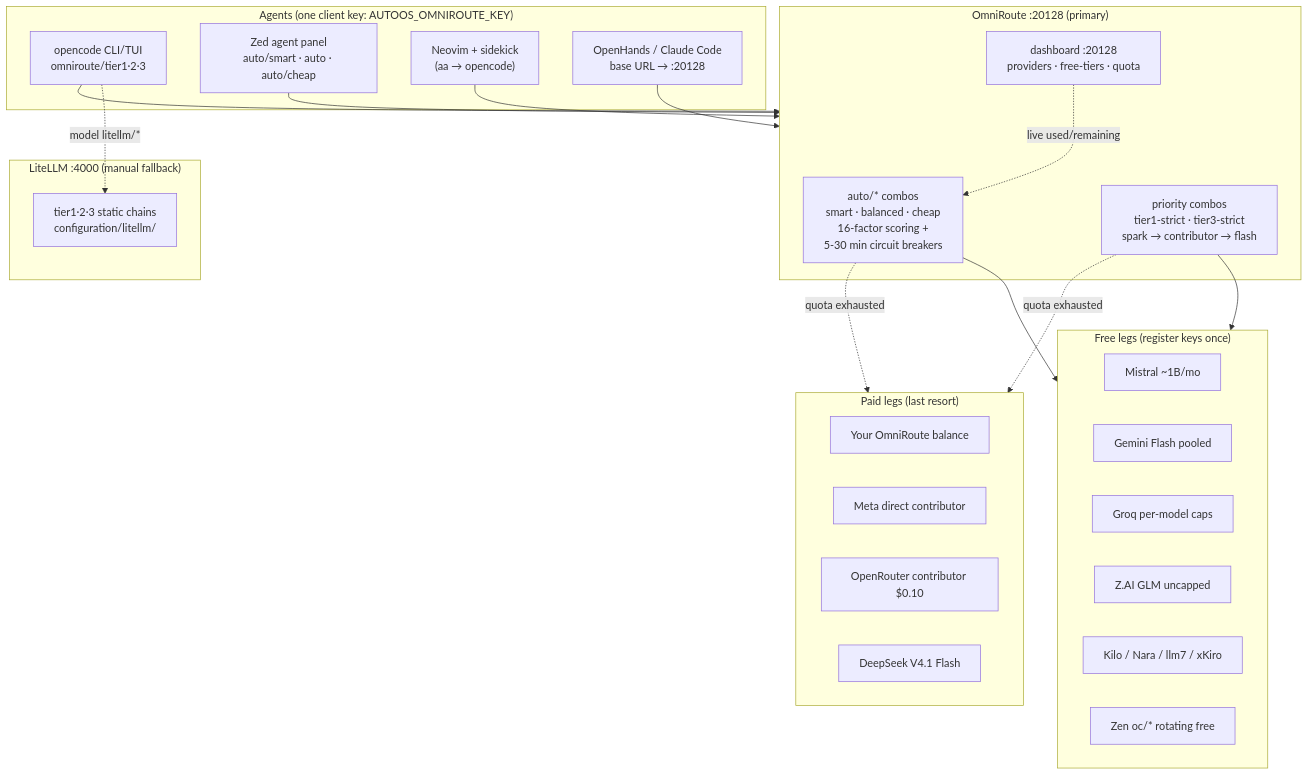
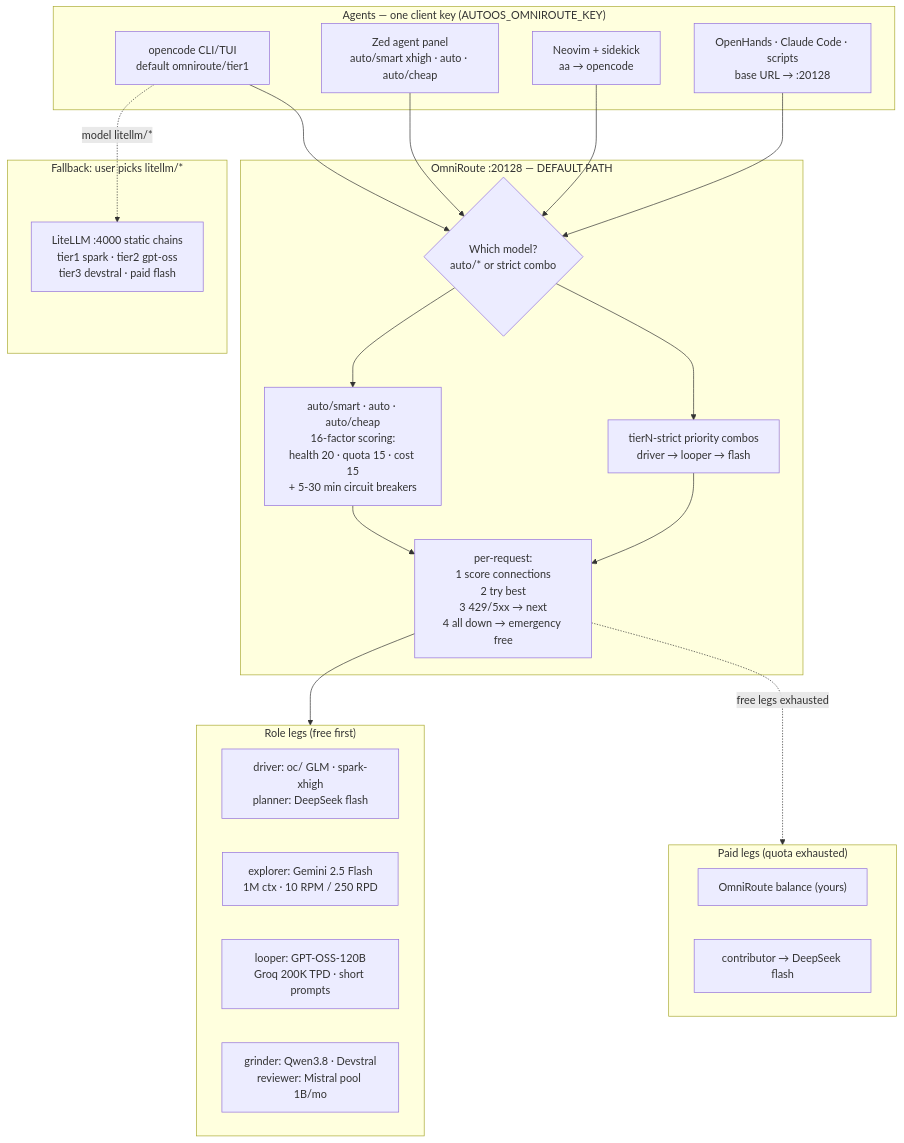
The diagram in docs/models.md (Ch3fUlrich/AutoOS), drawn with Mermaid before and after one commit. The commit also changed other lines of this file and 1 other file, not shown here.

First line of the commit message:
Role-based free-tier routing, verified OmniRoute provider IDs

````diff
--- a/docs/models.md
+++ b/docs/models.md
@@ -91,36 +124,34 @@
 ```mermaid
 flowchart TB
-    subgraph clients["Agents (one client key: AUTOOS_OMNIROUTE_KEY)"]
-        OC["opencode CLI/TUI\nomniroute/tier1·2·3"]
-        ZED["Zed agent panel\nauto/smart · auto · auto/cheap"]
-        NV["Neovim + sidekick\n(<leader>aa → opencode)"]
-        OH["OpenHands / Claude Code\nbase URL → :20128"]
+    subgraph clients["Agents — one client key (AUTOOS_OMNIROUTE_KEY)"]
+        OC["opencode CLI/TUI\ndefault omniroute/tier1"]
+        ZED["Zed agent panel\nauto/smart xhigh · auto · auto/cheap"]
+        NV["Neovim + sidekick\n<leader>aa → opencode"]
+        OH["OpenHands · Claude Code · scripts\nbase URL → :20128"]
     end
-    subgraph or["OmniRoute :20128 (primary)"]
-        AUTO["auto/* combos\nsmart · balanced · cheap\n16-factor scoring +\n5-30 min circuit breakers"]
-        PRI["priority combos\ntier1-strict · tier3-strict\nspark → contributor → flash"]
-        DASH["dashboard :20128\nproviders · free-tiers · quota"]
+    subgraph or["OmniRoute :20128 — DEFAULT PATH"]
+        SEL{"Which model?\nauto/* or strict combo"}
+        AUTO["auto/smart · auto · auto/cheap\n16-factor scoring:\nhealth 20 · quota 15 · cost 15\n+ 5-30 min circuit breakers"]
+        PRI["tierN-strict priority combos\ndriver → looper → flash"]
+        SCORE["per-request:\n1 score connections\n2 try best\n3 429/5xx → next\n4 all down → emergency free"]
     end
-    subgraph free["Free legs (register keys once)"]
-        MI["Mistral ~1B/mo"]
-        GE["Gemini Flash pooled"]
-        GR["Groq per-model caps"]
-        ZAI["Z.AI GLM uncapped"]
-        KILO["Kilo / Nara / llm7 / xKiro"]
-        ZEN["Zen oc/* rotating free"]
+    subgraph roles["Role legs (free first)"]
+        DRV["driver: oc/ GLM · spark-xhigh\nplanner: DeepSeek flash"]
+        EXP["explorer: Gemini 2.5 Flash\n1M ctx · 10 RPM / 250 RPD"]
+        LOOP["looper: GPT-OSS-120B\nGroq 200K TPD · short prompts"]
+        GRIND["grinder: Qwen3.8 · Devstral\nreviewer: Mistral pool 1B/mo"]
     end
-    subgraph paid["Paid legs (last resort)"]
-        BAL["Your OmniRoute balance"]
-        META["Meta direct contributor"]
-        ORC["OpenRouter contributor $0.10"]
-        DFL["DeepSeek V4.1 Flash"]
+    subgraph paid["Paid legs (quota exhausted)"]
+        BAL["OmniRoute balance (yours)"]
+        CON["contributor → DeepSeek flash"]
     end
-    subgraph fb["LiteLLM :4000 (manual fallback)"]
-        LT["tier1·2·3 static chains\nconfiguration/litellm/"]
+    subgraph fb["Fallback: user picks litellm/*"]
+        LT["LiteLLM :4000 static chains\ntier1 spark · tier2 gpt-oss\ntier3 devstral · paid flash"]
     end
-    OC & ZED & NV & OH --> or
-    AUTO & PRI --> free
-    AUTO & PRI -. quota exhausted .-> paid
+    OC & ZED & NV & OH --> SEL
+    SEL --> AUTO & PRI
+    AUTO & PRI --> SCORE
+    SCORE --> roles
+    SCORE -. "free legs exhausted" .-> paid
     OC -. "model litellm/*" .-> LT
-    DASH -. live used/remaining .-> AUTO
 ```
````
